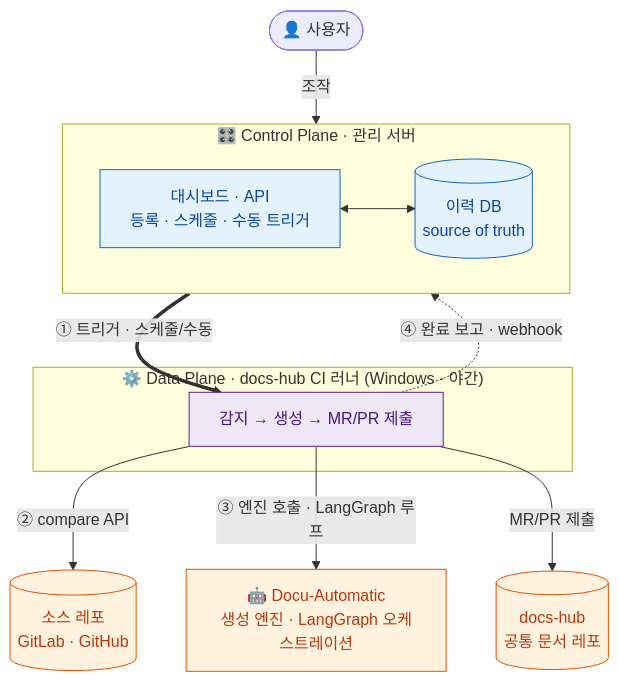
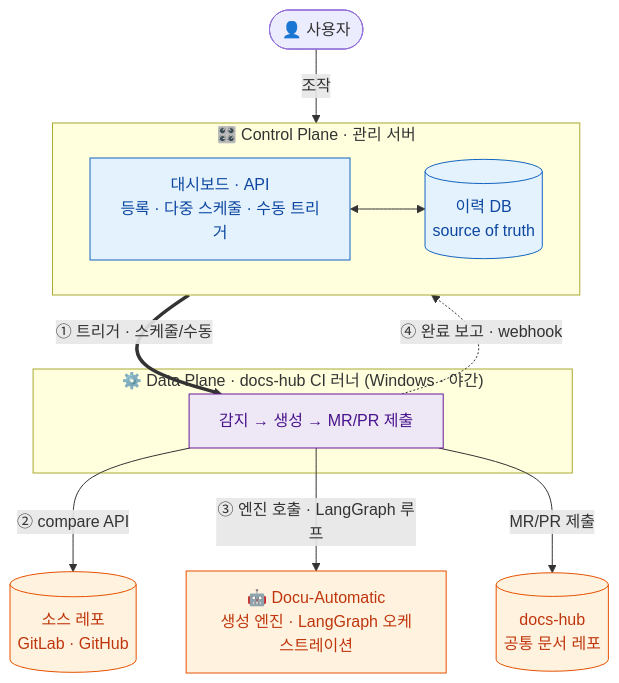
Before and after one commit to rhkdguskim/wiki-pipeline: the first of 2 diagrams in wiki/overview.md, drawn with Mermaid. The commit also changed other lines of this file and 5 other files, not shown here.

````diff
--- a/wiki/overview.md
+++ b/wiki/overview.md
@@ -40,33 +40,33 @@
 ```mermaid
 flowchart TB
     User(["👤 사용자"])
 
     subgraph CP["🎛️ Control Plane · 관리 서버"]
         direction LR
-        Dash["대시보드 · API<br/>등록 · 스케줄 · 수동 트리거"]
+        Dash["대시보드 · API<br/>등록 · 다중 스케줄 · 수동 트리거"]
         DB[("이력 DB<br/>source of truth")]
         Dash <--> DB
     end
 
     subgraph DP["⚙️ Data Plane · docs-hub CI 러너 (Windows · 야간)"]
         Runner["감지 → 생성 → MR/PR 제출"]
     end
 
     Engine["🤖 Docu-Automatic<br/>생성 엔진 · LangGraph 오케스트레이션"]
     Src[("소스 레포<br/>GitLab · GitHub")]
     Hub[("docs-hub<br/>공통 문서 레포")]
 
     User -->|조작| Dash
     Dash ==>|"① 트리거 · 스케줄/수동"| Runner
     Runner -->|"② compare API"| Src
     Runner -->|"③ 엔진 호출 · LangGraph 루프"| Engine
     Runner -->|"MR/PR 제출"| Hub
     Runner -. "④ 완료 보고 · webhook" .-> DB
 
     classDef control fill:#e3f2fd,stroke:#1565c0,stroke-width:1px,color:#0d47a1;
     classDef data fill:#ede7f6,stroke:#6a1b9a,stroke-width:1px,color:#4a148c;
     classDef ext fill:#fff3e0,stroke:#e65100,stroke-width:1px,color:#bf360c;
     class Dash,DB control
     class Runner data
     class Engine,Src,Hub ext
 ```
````
